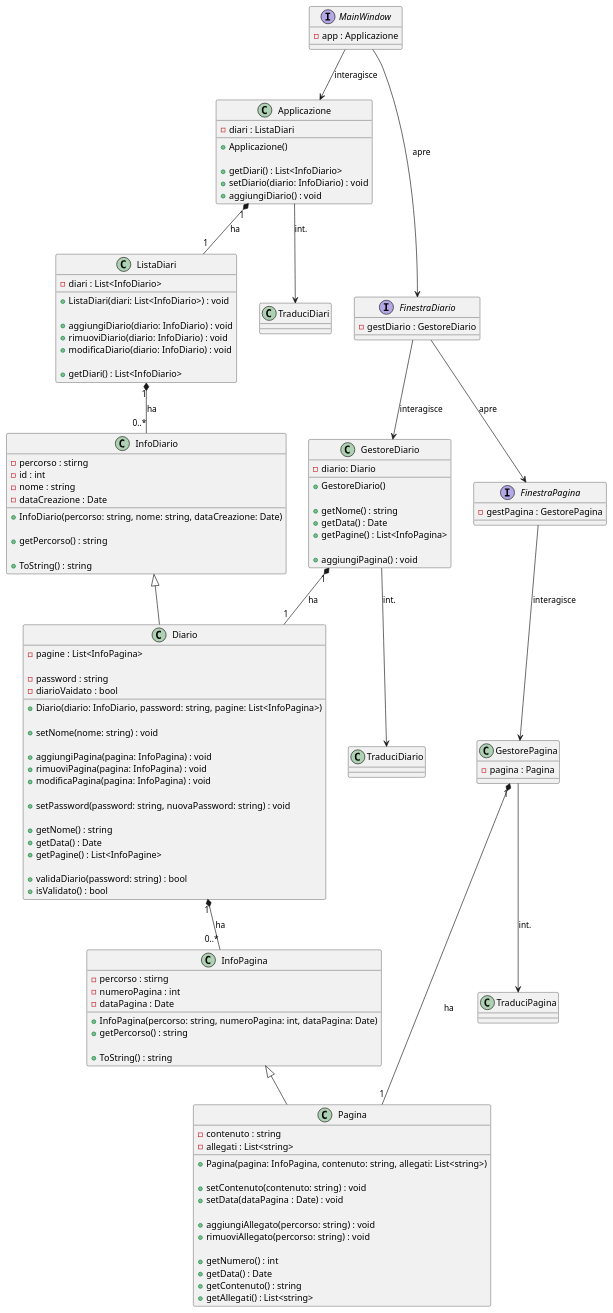
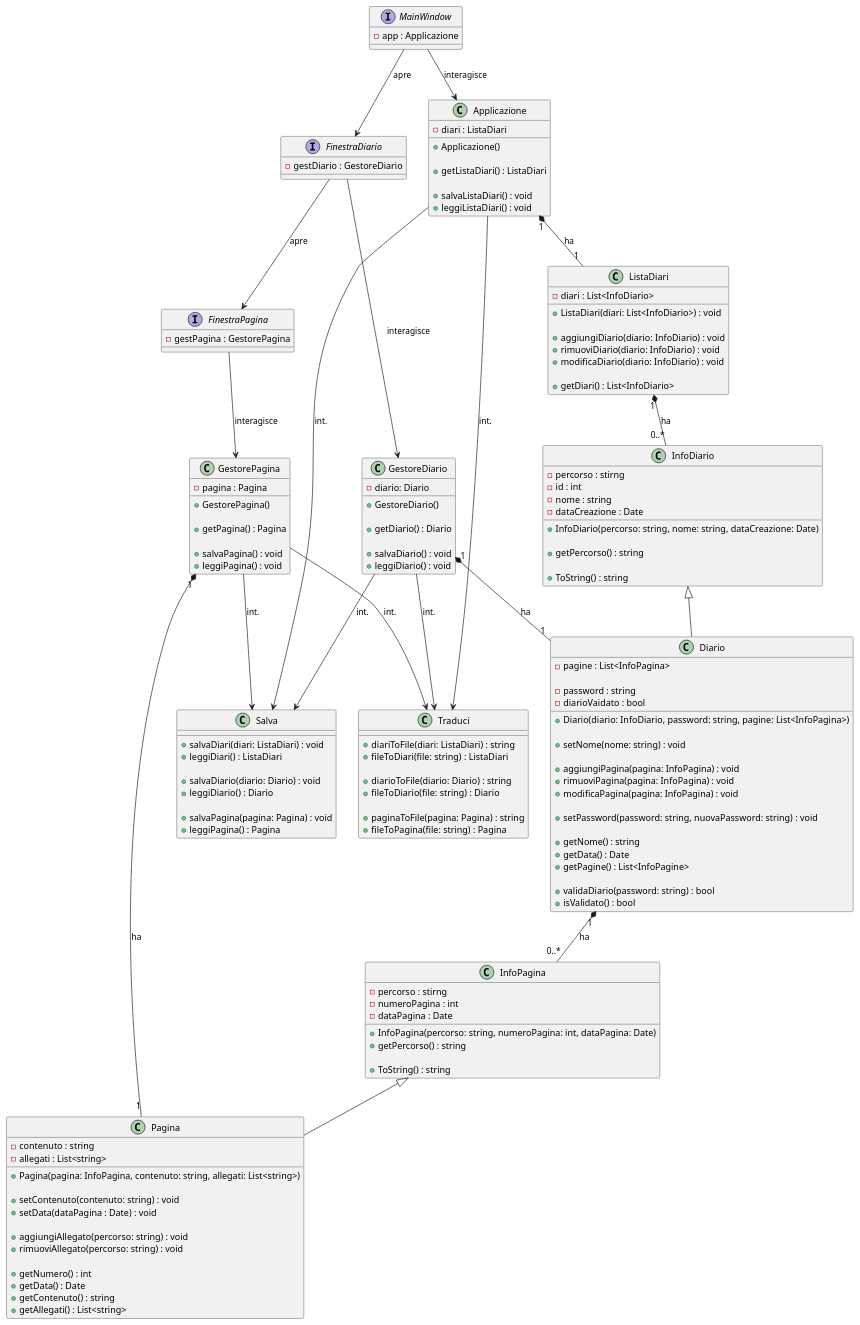
The diagram in diagrammi/ClassDiagram.puml (Borgo2000/Progetto-diario), drawn with PlantUML before and after one commit. The commit also changed 2 other files, not shown here.

Commit message:
Modifica diagramma delle classi

```diff
--- a/diagrammi/ClassDiagram.puml
+++ b/diagrammi/ClassDiagram.puml
@@ -1,159 +1,187 @@
 @startuml
+
+'Interfacce utente
+interface MainWindow{
+    -app : Applicazione
+}
+
+interface FinestraDiario{
+    -gestDiario : GestoreDiario
+}
+
+interface FinestraPagina{
+    -gestPagina : GestorePagina
+}
 
 'Classi base
 class Applicazione{
     -diari : ListaDiari
 
     +Applicazione()
 
-    +getDiari() : List<InfoDiario>
-    +setDiario(diario: InfoDiario) : void
-    +aggiungiDiario() : void
+    +getListaDiari() : ListaDiari
+
+    +salvaListaDiari() : void
+    +leggiListaDiari() : void
 }
 
 class GestoreDiario{
     -diario: Diario
 
     +GestoreDiario()
 
-    +getNome() : string
-    +getData() : Date
-    +getPagine() : List<InfoPagina>
+    +getDiario() : Diario
 
-    +aggiungiPagina() : void
+    +salvaDiario() : void
+    +leggiDiario() : void
 }
 
 class GestorePagina{
     -pagina : Pagina
+
+    +GestorePagina()
+
+    +getPagina() : Pagina
+
+    +salvaPagina() : void
+    +leggiPagina() : void
 }
 
 'Strutture dati
 class ListaDiari{
     -diari : List<InfoDiario>
 
     +ListaDiari(diari: List<InfoDiario>) : void
 
     +aggiungiDiario(diario: InfoDiario) : void
     +rimuoviDiario(diario: InfoDiario) : void
     +modificaDiario(diario: InfoDiario) : void
 
     +getDiari() : List<InfoDiario>
 }
 
 class InfoDiario{
     -percorso : stirng
     -id : int
     -nome : string
     -dataCreazione : Date
 
     +InfoDiario(percorso: string, nome: string, dataCreazione: Date)
 
     'per interfacce di salvataggio
     +getPercorso() : string
 
     +ToString() : string
 }
 
 class Diario extends InfoDiario{
     -pagine : List<InfoPagina>
     
     -password : string
     -diarioVaidato : bool
 
     +Diario(diario: InfoDiario, password: string, pagine: List<InfoPagina>)
 
     'setter
     +setNome(nome: string) : void
 
     +aggiungiPagina(pagina: InfoPagina) : void
     +rimuoviPagina(pagina: InfoPagina) : void
     +modificaPagina(pagina: InfoPagina) : void
 
     +setPassword(password: string, nuovaPassword: string) : void
 
     'getter
     +getNome() : string
     +getData() : Date
     +getPagine() : List<InfoPagine>
 
     'sicurezza
     +validaDiario(password: string) : bool
     +isValidato() : bool
 }
 
 class InfoPagina{
     -percorso : stirng
     -numeroPagina : int
     -dataPagina : Date
 
     +InfoPagina(percorso: string, numeroPagina: int, dataPagina: Date)
     +getPercorso() : string
 
     +ToString() : string
 }
 
 class Pagina extends InfoPagina{
     -contenuto : string
     -allegati : List<string>
 
     +Pagina(pagina: InfoPagina, contenuto: string, allegati: List<string>)
 
     'setter
     +setContenuto(contenuto: string) : void
     +setData(dataPagina : Date) : void
     
     +aggiungiAllegato(percorso: string) : void
     +rimuoviAllegato(percorso: string) : void
 
     'getter
     +getNumero() : int
     +getData() : Date
     +getContenuto() : string
     +getAllegati() : List<string>
 }
 
-'Traduttori dati
-class TraduciDiari{
-    
+'Traduttori e salvataggio dati
+class Traduci{
+    +diariToFile(diari: ListaDiari) : string
+    +fileToDiari(file: string) : ListaDiari
+
+    +diarioToFile(diario: Diario) : string
+    +fileToDiario(file: string) : Diario
+
+    +paginaToFile(pagina: Pagina) : string
+    +fileToPagina(file: string) : Pagina
 }
 
-class TraduciDiario{}
-class TraduciPagina{}
+class Salva{
+    +salvaDiari(diari: ListaDiari) : void
+    +leggiDiari() : ListaDiari
 
-'Interfacce utente
-interface MainWindow{
-    -app : Applicazione
-}
+    +salvaDiario(diario: Diario) : void
+    +leggiDiario() : Diario
 
-interface FinestraDiario{
-    -gestDiario : GestoreDiario
-}
-
-interface FinestraPagina{
-    -gestPagina : GestorePagina
+    +salvaPagina(pagina: Pagina) : void
+    +leggiPagina() : Pagina
 }
 
 'Interazioni tra interfacce
 MainWindow --> FinestraDiario : apre
 FinestraDiario --> FinestraPagina : apre
 
 'Interazioni con interfacce
 MainWindow --> Applicazione : interagisce
 FinestraDiario --> GestoreDiario : interagisce
 FinestraPagina --> GestorePagina : interagisce
 
 'Relazioni
 Applicazione "1" *-- "1" ListaDiari : ha
 GestoreDiario "1" *-- "1" Diario : ha
 GestorePagina "1" *-- "1" Pagina : ha
 
 'Relazioni traduzione
-Applicazione --> TraduciDiari : int.
-GestoreDiario --> TraduciDiario : int.
-GestorePagina --> TraduciPagina : int.
+Applicazione --> Traduci : int.
+GestoreDiario --> Traduci : int.
+GestorePagina --> Traduci : int.
+
+'Relazioni traduzione
+Applicazione --> Salva : int.
+GestoreDiario --> Salva : int.
+GestorePagina --> Salva : int.
+
 
 'Relazioni strutture dati
 ListaDiari "1" *-- "0..*" InfoDiario : ha
 Diario "1" *-- "0..*" InfoPagina : ha
 
 @enduml
```
